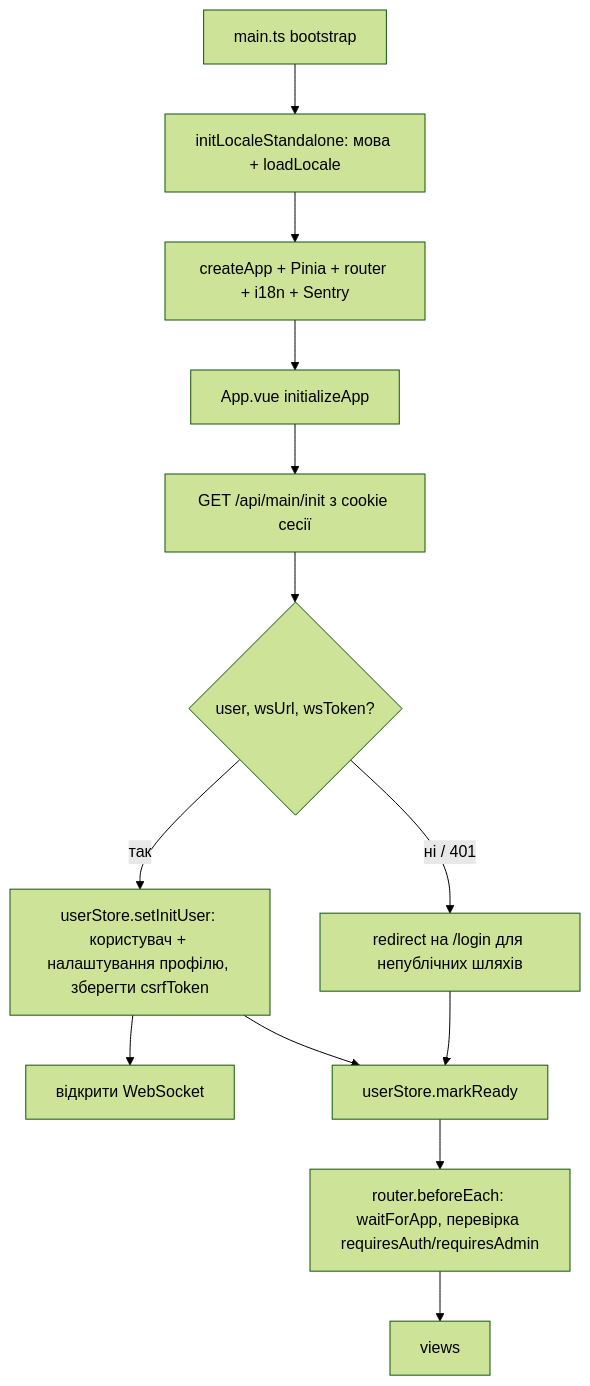
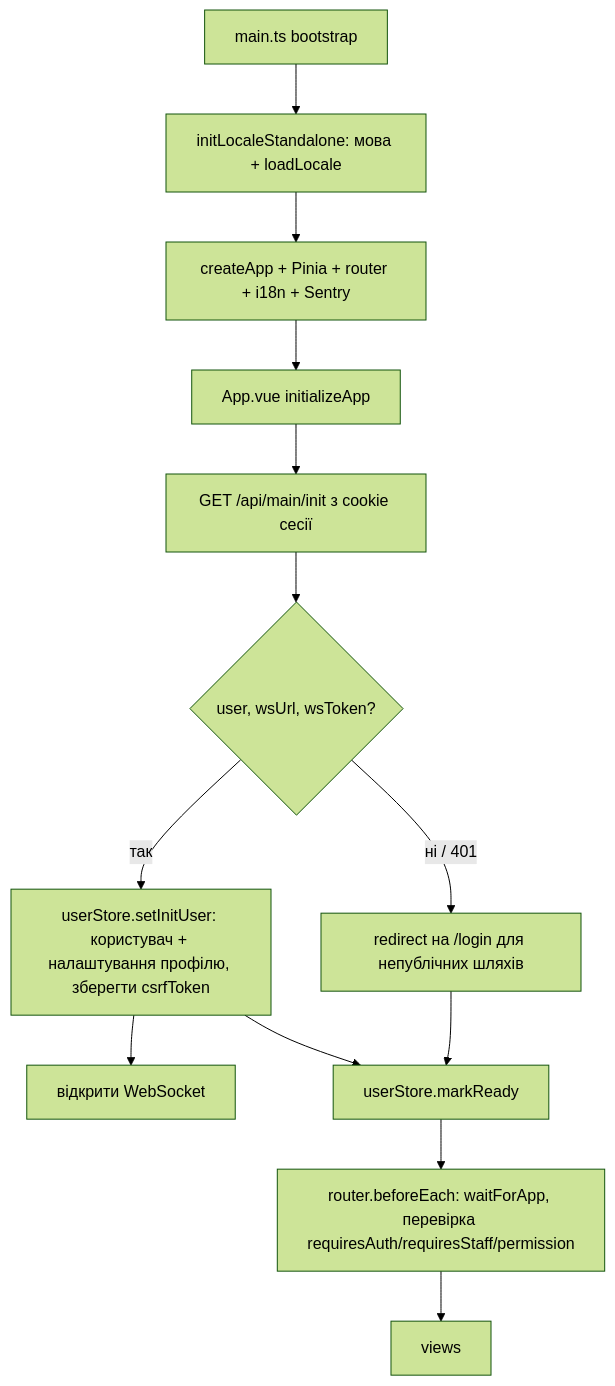
One commit to Blazheiko/vibe-template changed the diagram in documentation/frontend/index.md. Above: the diagram before and after it, drawn with Mermaid (forest theme). The commit also changed other lines of this file and 42 other files, not shown here.

````diff
--- a/documentation/frontend/index.md
+++ b/documentation/frontend/index.md
@@ -134,15 +134,15 @@
 ```mermaid
 flowchart TD
     A[main.ts bootstrap] --> B[initLocaleStandalone: мова + loadLocale]
     B --> C[createApp + Pinia + router + i18n + Sentry]
     C --> D[App.vue initializeApp]
     D --> E[GET /api/main/init з cookie сесії]
     E --> F{user, wsUrl, wsToken?}
     F -- так --> G[userStore.setInitUser: користувач + налаштування профілю, зберегти csrfToken]
     G --> H[відкрити WebSocket]
     F -- ні / 401 --> I[redirect на /login для непублічних шляхів]
     G --> J[userStore.markReady]
     I --> J
-    J --> K[router.beforeEach: waitForApp, перевірка requiresAuth/requiresAdmin]
+    J --> K[router.beforeEach: waitForApp, перевірка requiresAuth/requiresStaff/permission]
     K --> L[views]
 ```
````
